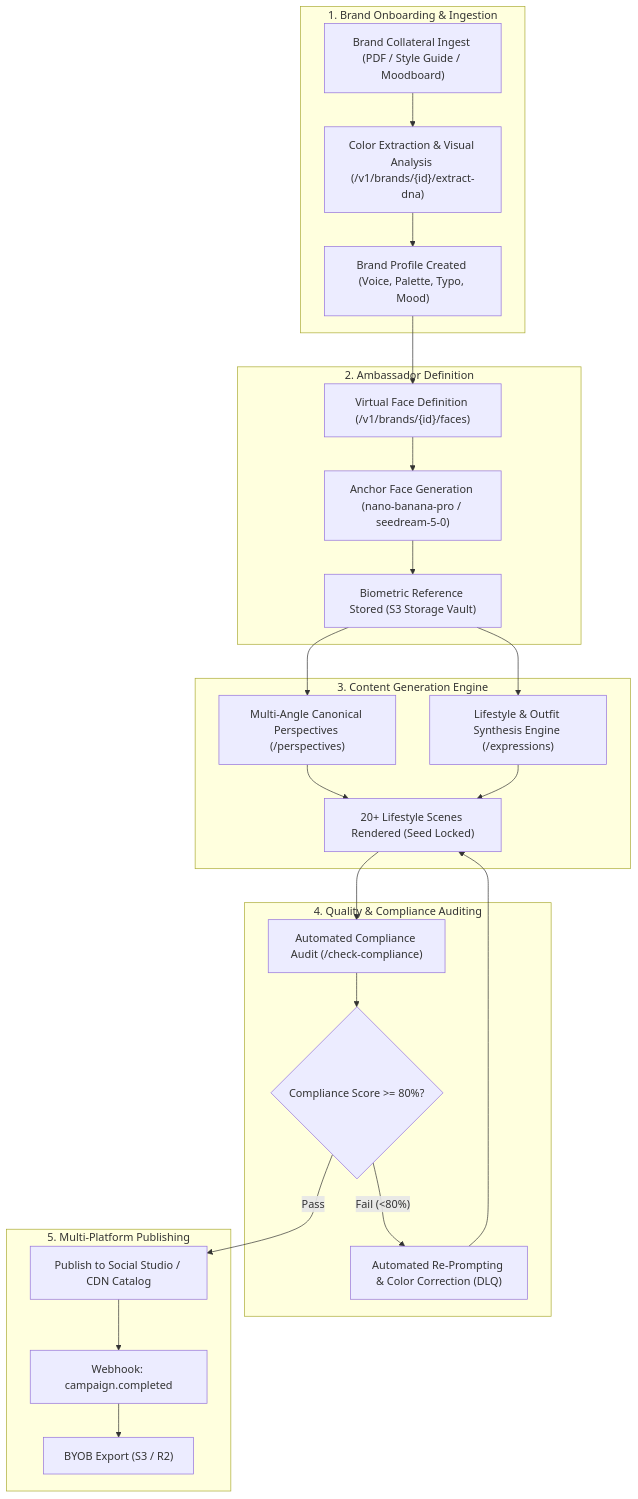
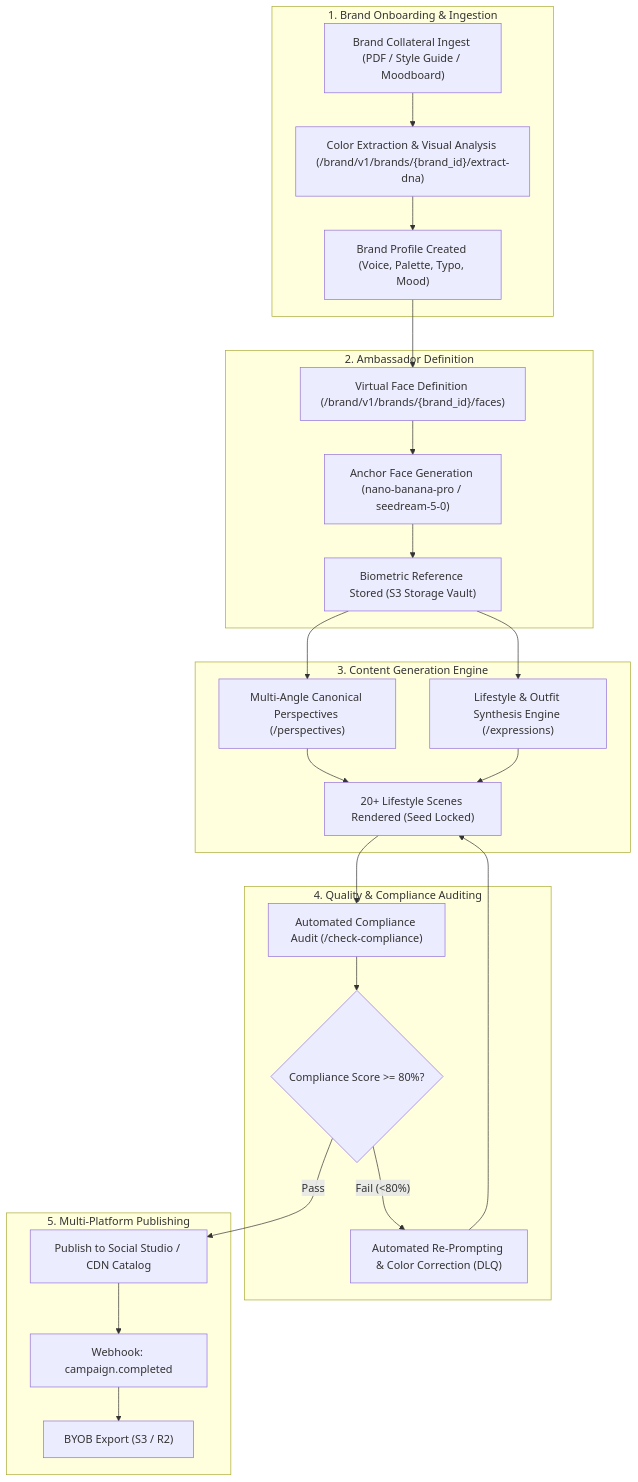
One commit to fotohubapp/docs changed the diagram in recipes/brand-dna-virtual-influencers.md. Above: the diagram before and after it, drawn with Mermaid. The commit also changed other lines of this file and 91 other files, not shown here.

````diff
--- a/recipes/brand-dna-virtual-influencers.md
+++ b/recipes/brand-dna-virtual-influencers.md
@@ -11,33 +11,33 @@
 ```mermaid
 flowchart TD
     subgraph Ingestion["1. Brand Onboarding & Ingestion"]
         A["Brand Collateral Ingest (PDF / Style Guide / Moodboard)"]
-        A --> B["Color Extraction & Visual Analysis (/v1/brands/{id}/extract-dna)"]
+        A --> B["Color Extraction & Visual Analysis (/brand/v1/brands/{brand_id}/extract-dna)"]
         B --> C["Brand Profile Created (Voice, Palette, Typo, Mood)"]
     end
     
     subgraph Definition["2. Ambassador Definition"]
-        C --> D["Virtual Face Definition (/v1/brands/{id}/faces)"]
+        C --> D["Virtual Face Definition (/brand/v1/brands/{brand_id}/faces)"]
         D --> E["Anchor Face Generation (nano-banana-pro / seedream-5-0)"]
         E --> F["Biometric Reference Stored (S3 Storage Vault)"]
     end
     
     subgraph Generation["3. Content Generation Engine"]
         F --> G["Multi-Angle Canonical Perspectives (/perspectives)"]
         F --> H["Lifestyle & Outfit Synthesis Engine (/expressions)"]
         G & H --> I["20+ Lifestyle Scenes Rendered (Seed Locked)"]
     end
     
     subgraph Audit["4. Quality & Compliance Auditing"]
         I --> J["Automated Compliance Audit (/check-compliance)"]
         J --> K{"Compliance Score >= 80%?"}
         K -->|"Fail (<80%)"| M["Automated Re-Prompting & Color Correction (DLQ)"]
         M --> I
     end
     
     subgraph Publishing["5. Multi-Platform Publishing"]
         K -->|"Pass"| L["Publish to Social Studio / CDN Catalog"]
         L --> N["Webhook: campaign.completed"]
         N --> O["BYOB Export (S3 / R2)"]
     end
 ```
````
